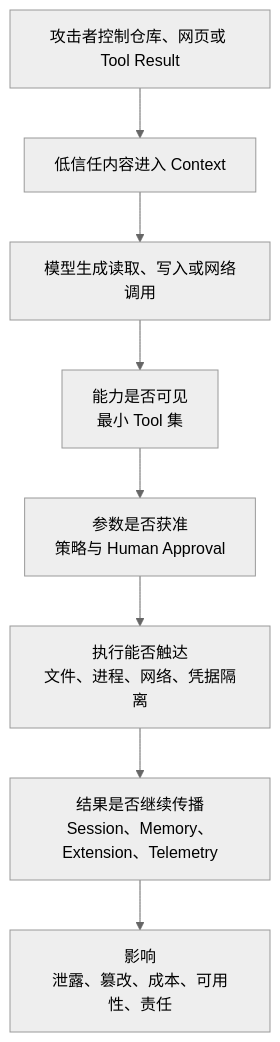
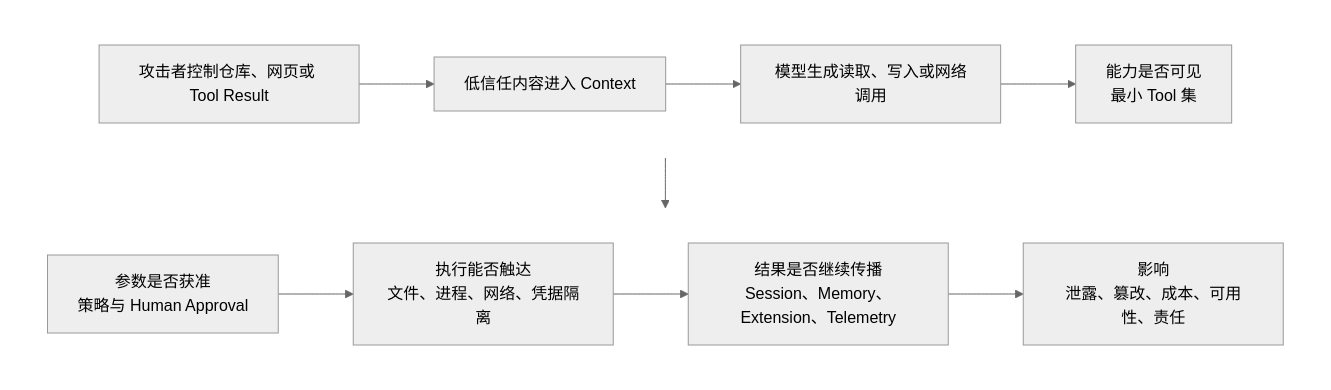
One commit to specialpointcentral/harness changed the second of 2 diagrams in docs/harness-survey/17_security_permissions_and_sandboxing.md. Above: the diagram before and after it, drawn with Mermaid (neutral theme). The commit also changed other lines of this file and 18 other files, not shown here.

First line of the commit message:
docs: improve diagram layouts and tidy supporting files

````diff
--- a/docs/harness-survey/17_security_permissions_and_sandboxing.md
+++ b/docs/harness-survey/17_security_permissions_and_sandboxing.md
@@ -131,13 +140,22 @@
 ```mermaid
 flowchart TB
-  A[攻击者控制仓库、网页或 Tool Result]
-  B[低信任内容进入 Context]
-  C[模型生成读取、写入或网络调用]
-  D[能力是否可见<br/>最小 Tool 集]
-  E[参数是否获准<br/>策略与 Human Approval]
-  F[执行能否触达<br/>文件、进程、网络、凭据隔离]
-  G[结果是否继续传播<br/>Session、Memory、Extension、Telemetry]
-  H[影响<br/>泄露、篡改、成本、可用性、责任]
-
-  A --> B --> C --> D --> E --> F --> G --> H
+  subgraph R1[" "]
+    direction LR
+    A[攻击者控制仓库、网页或 Tool Result]
+    B[低信任内容进入 Context]
+    C[模型生成读取、写入或网络调用]
+    D[能力是否可见<br/>最小 Tool 集]
+    A --> B --> C --> D
+  end
+  subgraph R2[" "]
+    direction LR
+    E[参数是否获准<br/>策略与 Human Approval]
+    F[执行能否触达<br/>文件、进程、网络、凭据隔离]
+    G[结果是否继续传播<br/>Session、Memory、Extension、Telemetry]
+    H[影响<br/>泄露、篡改、成本、可用性、责任]
+    E --> F --> G --> H
+  end
+  D --> E
+  style R1 fill:none,stroke:none
+  style R2 fill:none,stroke:none
 ```
````
